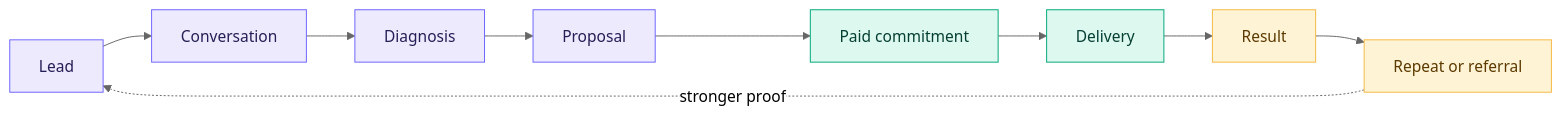
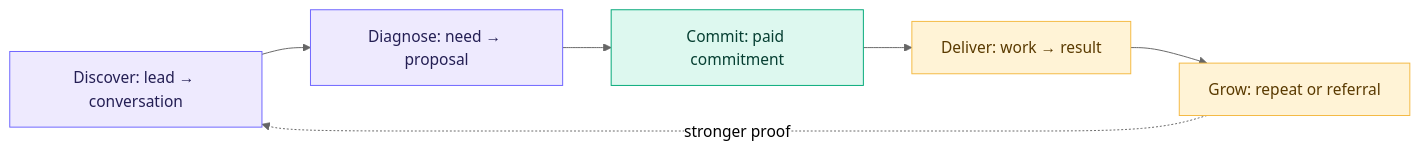
Before and after one commit to izestylusx/revenue-coach: the first of 4 diagrams in README.md, drawn with Mermaid (neutral theme). The commit also changed other lines of this file and 36 other files, not shown here.

````diff
--- a/README.md
+++ b/README.md
@@ -47,18 +51,15 @@
 ```mermaid
 flowchart LR
-    A[Lead] --> B[Conversation]
-    B --> C[Diagnosis]
-    C --> D[Proposal]
-    D --> E[Paid commitment]
-    E --> F[Delivery]
-    F --> G[Result]
-    G --> H[Repeat or referral]
-    H -. stronger proof .-> A
+    A["Discover: lead → conversation"] --> B["Diagnose: need → proposal"]
+    B --> C["Commit: paid commitment"]
+    C --> D["Deliver: work → result"]
+    D --> E["Grow: repeat or referral"]
+    E -. stronger proof .-> A
 
     classDef early fill:#EEEAFE,stroke:#6C63FF,color:#241F54
     classDef money fill:#DDF8EF,stroke:#00A878,color:#063F32
     classDef outcome fill:#FFF3D6,stroke:#F4B942,color:#5A3A00
-    class A,B,C,D early
-    class E,F money
-    class G,H outcome
+    class A,B early
+    class C money
+    class D,E outcome
 ```
````
